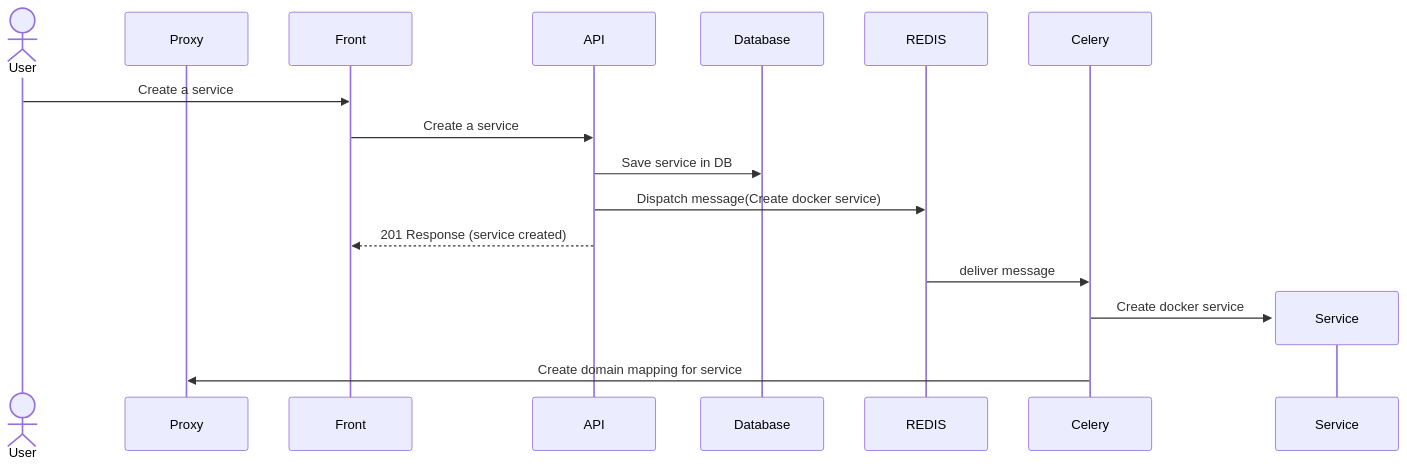
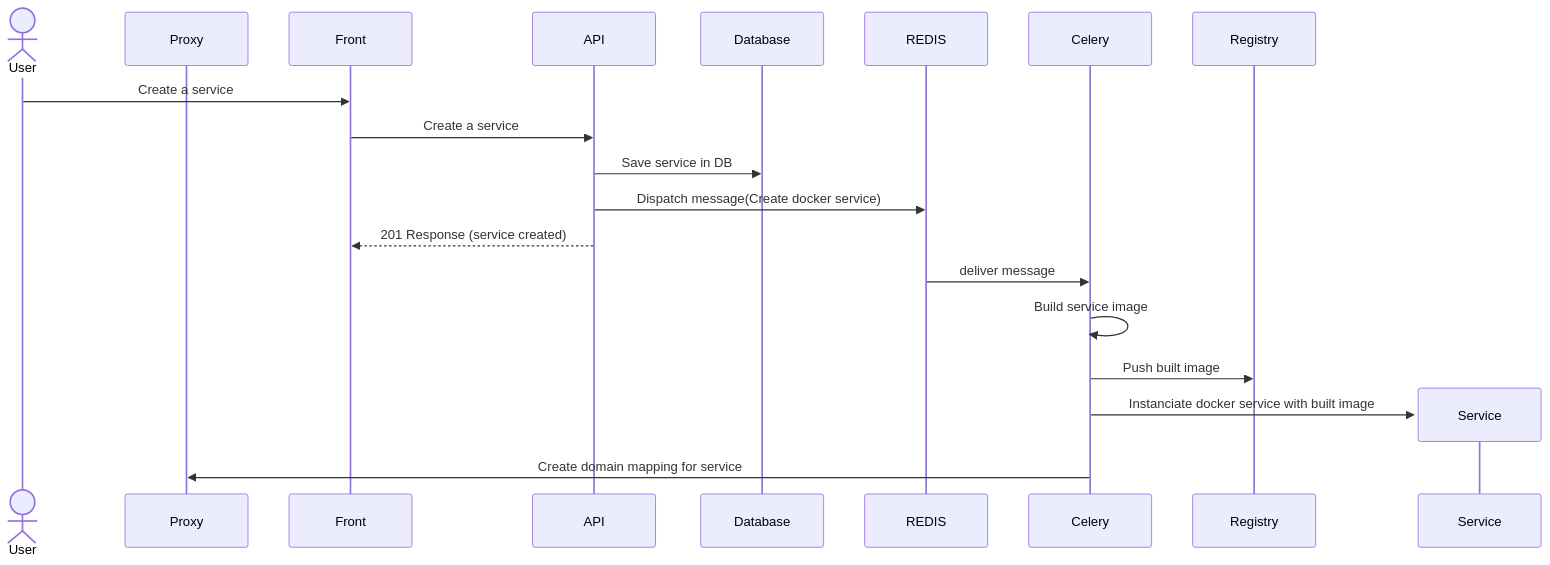
The diagram in docs/architecture.md (zane-ops/zane-ops), drawn with Mermaid before and after one commit. The commit also changed other lines of this file, not shown here.

Commit message:
🚧 wip Request sequence

````diff
--- a/docs/architecture.md
+++ b/docs/architecture.md
@@ -48,20 +49,22 @@
 ```mermaid
 sequenceDiagram
     actor User
     participant Proxy
     participant Front
     participant API
     participant Database
     participant REDIS
     participant Celery
+    participant Registry
     User->>Front: Create a service
     Front->>API: Create a service
     API->>Database: Save service in DB
     API->>REDIS: Dispatch message(Create docker service)
     API-->>Front: 201 Response (service created)
     REDIS->>Celery : deliver message
+    Celery->>Celery : Build service image
+    Celery->>Registry : Push built image
     create participant Service
-    Celery->>Service : Create docker service
+    Celery->>Service : Instanciate docker service with built image
     Celery->>Proxy : Create domain mapping for service
-
 ```
````
